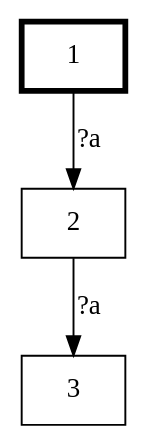
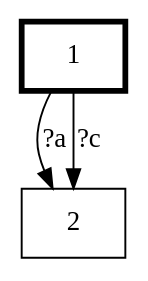
The diagram in Viewer/tmp/type_cfsm.dot (jetlime/BSP05_Subtyping_Session_Tool), drawn with Graphviz before and after one commit. The commit also changed 11 other files, not shown here.

```diff
--- a/Viewer/tmp/type_cfsm.dot
+++ b/Viewer/tmp/type_cfsm.dot
@@ -1,8 +1,8 @@
 digraph ICTS { 
  q1 [shape = "rectangle" label="1" penwidth = 3]; 
  q2 [shape = "rectangle" label="2"]; 
+ q1 [shape = "rectangle" label="1" penwidth = 3]; 
  q2 [shape = "rectangle" label="2"]; 
- q3 [shape = "rectangle" label="3"]; 
  q1 -> q2 [label="?a"]; 
- q2 -> q3 [label="?a"]; 
+ q1 -> q2 [label="?c"]; 
  }
```
